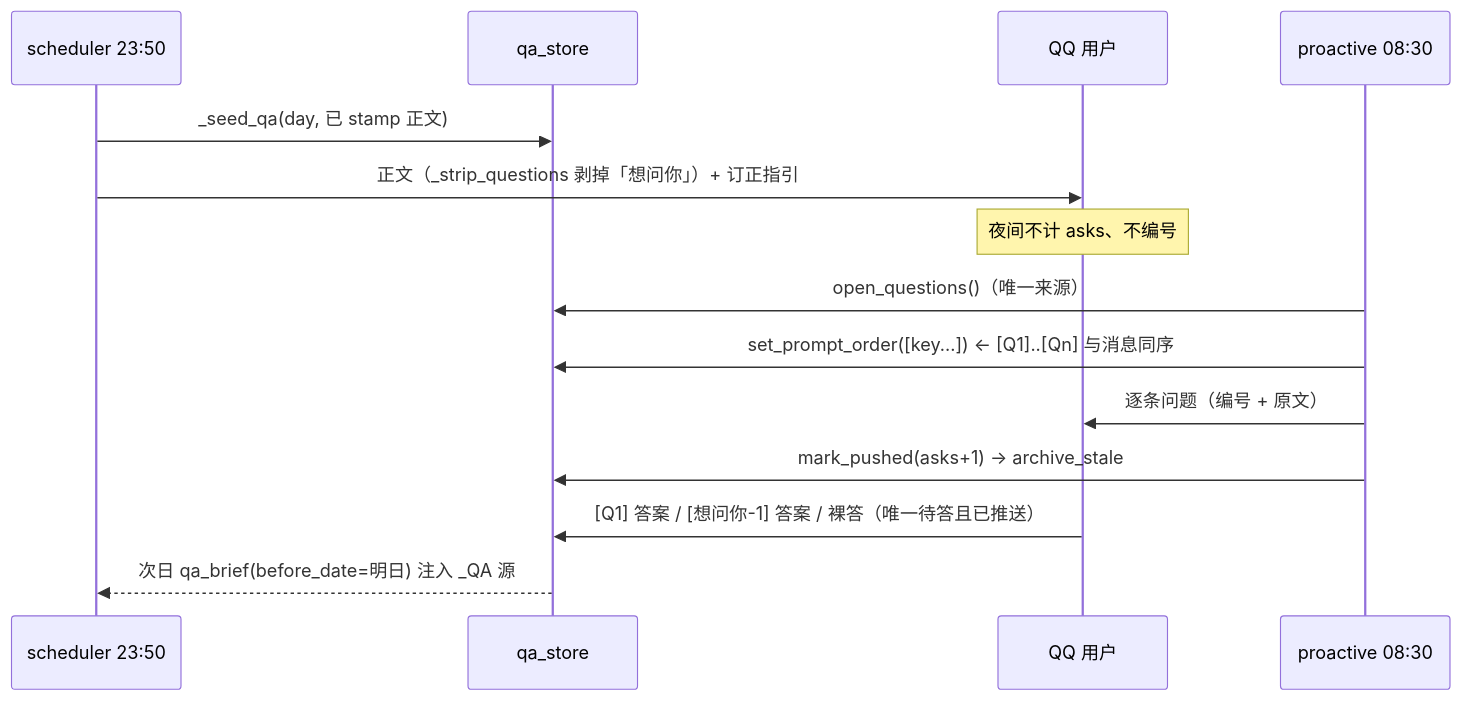
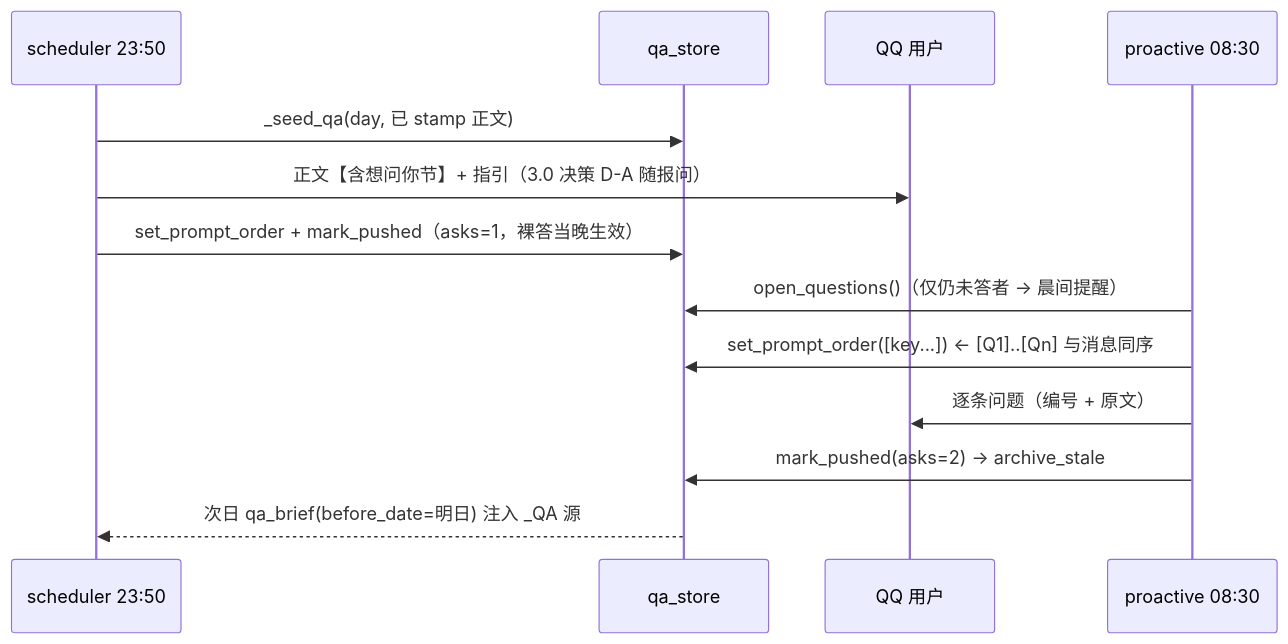
Diagram 18 of 21 in apps/withlanggraph/docs/langTrack-tech.md (weweaq/monoRepo), drawn with Mermaid before and after one commit. The commit also changed other lines of this file and 4 other files, not shown here.

````diff
--- a/apps/withlanggraph/docs/langTrack-tech.md
+++ b/apps/withlanggraph/docs/langTrack-tech.md
@@ -2342,16 +2342,15 @@
 ```mermaid
 sequenceDiagram
     participant S as scheduler 23:50
     participant Q as qa_store
     participant QQ as QQ 用户
     participant P as proactive 08:30
     S->>Q: _seed_qa(day, 已 stamp 正文)
-    S->>QQ: 正文（_strip_questions 剥掉「想问你」）+ 订正指引
-    Note over QQ: 夜间不计 asks、不编号
-    P->>Q: open_questions()（唯一来源）
+    S->>QQ: 正文【含想问你节】+ 指引（3.0 决策 D-A 随报问）
+    S->>Q: set_prompt_order + mark_pushed（asks=1，裸答当晚生效）
+    P->>Q: open_questions()（仅仍未答者 → 晨间提醒）
     P->>Q: set_prompt_order([key...])  ← [Q1]..[Qn] 与消息同序
     P->>QQ: 逐条问题（编号 + 原文）
-    P->>Q: mark_pushed(asks+1) → archive_stale
-    QQ->>Q: [Q1] 答案 / [想问你-1] 答案 / 裸答（唯一待答且已推送）
+    P->>Q: mark_pushed(asks=2) → archive_stale
     Q-->>S: 次日 qa_brief(before_date=明日) 注入 _QA 源
 ```
````
